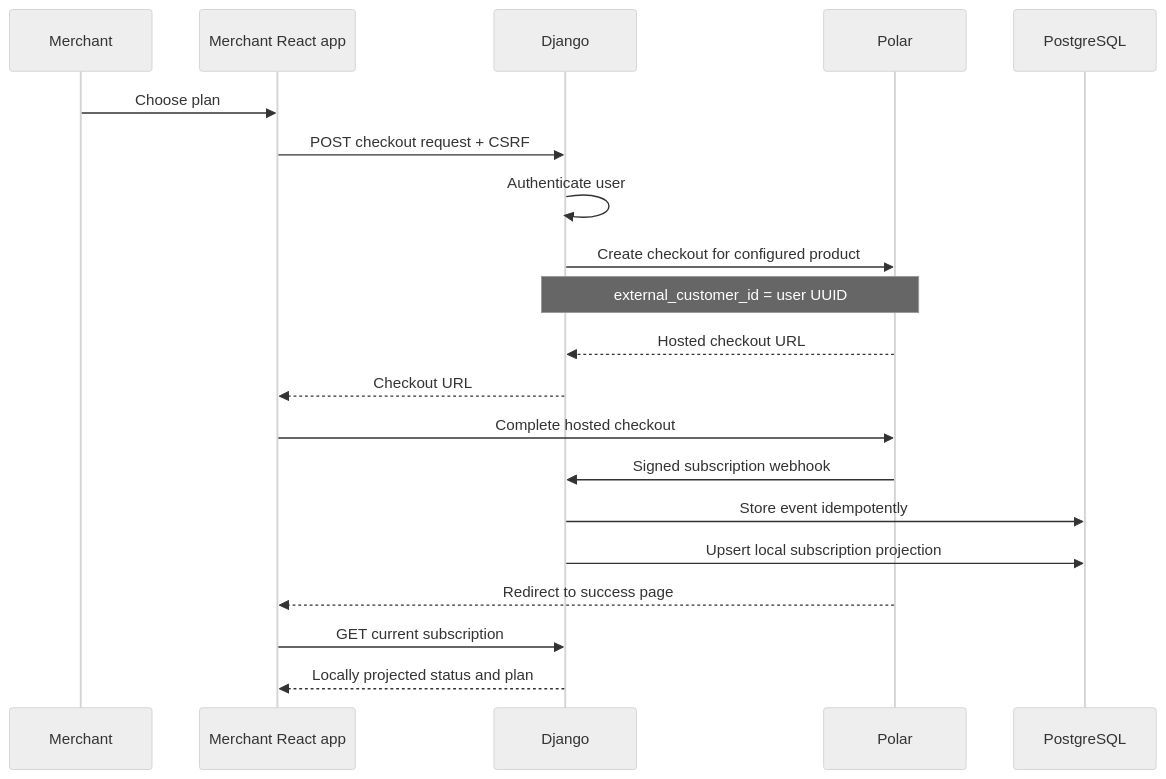
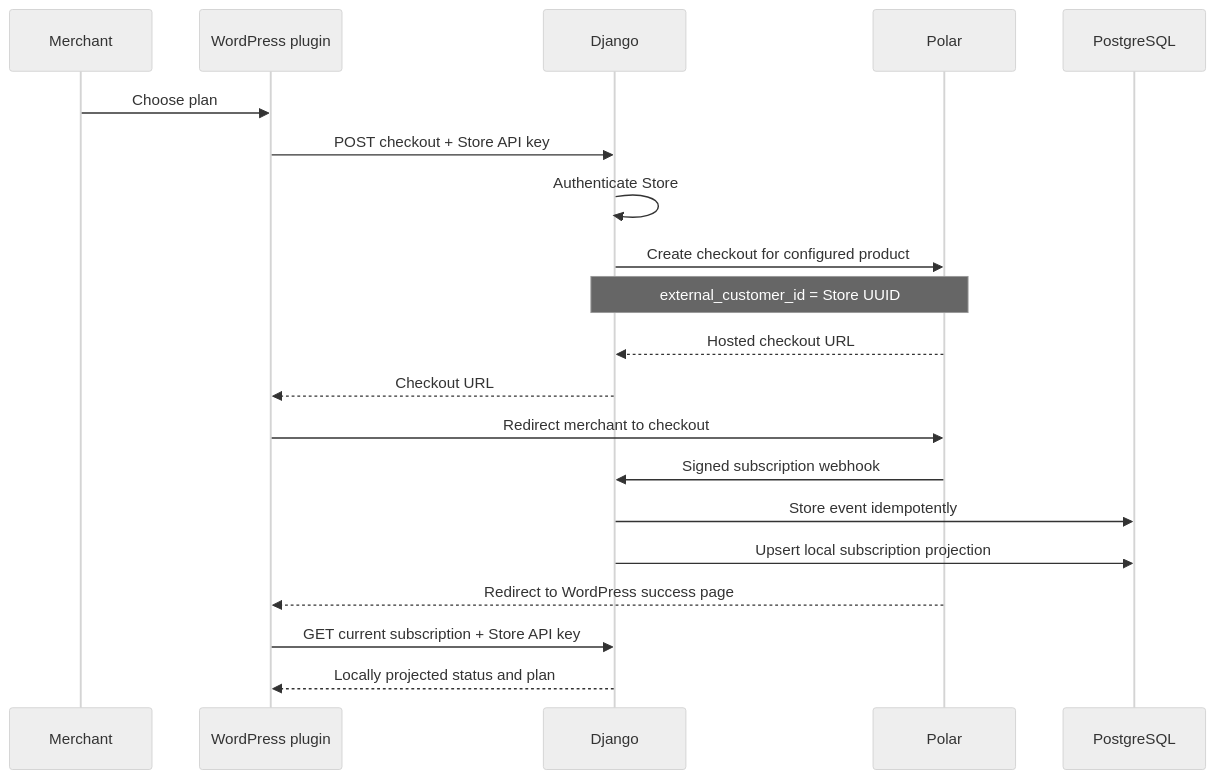
One commit to aji-pratama/woocs changed the fourth of 8 diagrams in _docs/architecture.md. Above: the diagram before and after it, drawn with Mermaid (neutral theme). The commit also changed other lines of this file and 37 other files, not shown here.

Commit message:
feat: implement subscription-based access control via new billing module and integrate with existing store and chat services.

````diff
--- a/_docs/architecture.md
+++ b/_docs/architecture.md
@@ -323,23 +257,23 @@
 ```mermaid
 sequenceDiagram
-    participant User as Merchant
-    participant App as Merchant React app
+    participant Merchant
+    participant Plugin as WordPress plugin
     participant API as Django
     participant Polar
     participant DB as PostgreSQL
 
-    User->>App: Choose plan
-    App->>API: POST checkout request + CSRF
-    API->>API: Authenticate user
+    Merchant->>Plugin: Choose plan
+    Plugin->>API: POST checkout + Store API key
+    API->>API: Authenticate Store
     API->>Polar: Create checkout for configured product
-    Note over API,Polar: external_customer_id = user UUID
+    Note over API,Polar: external_customer_id = Store UUID
     Polar-->>API: Hosted checkout URL
-    API-->>App: Checkout URL
-    App->>Polar: Complete hosted checkout
+    API-->>Plugin: Checkout URL
+    Plugin->>Polar: Redirect merchant to checkout
     Polar->>API: Signed subscription webhook
     API->>DB: Store event idempotently
     API->>DB: Upsert local subscription projection
-    Polar-->>App: Redirect to success page
-    App->>API: GET current subscription
-    API-->>App: Locally projected status and plan
+    Polar-->>Plugin: Redirect to WordPress success page
+    Plugin->>API: GET current subscription + Store API key
+    API-->>Plugin: Locally projected status and plan
 ```
````
